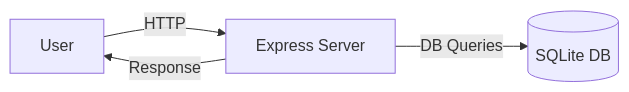
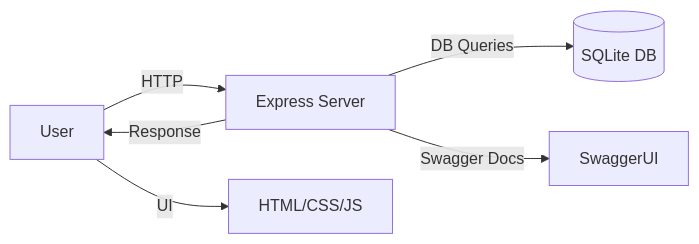
Before and after one commit to amedingt92/fullstack-test-playground: the first of 2 diagrams in README.md, drawn with Mermaid. The commit also changed other lines of this file, not shown here.

````diff
--- a/README.md
+++ b/README.md
@@ -35,6 +49,8 @@
 ```mermaid
 graph LR
     User -->|HTTP| API[Express Server]
     API -->|DB Queries| SQLite[(SQLite DB)]
     API -->|Response| User
+    API -->|Swagger Docs| SwaggerUI
+    User -->|UI| Frontend[HTML/CSS/JS]
 ```
````
